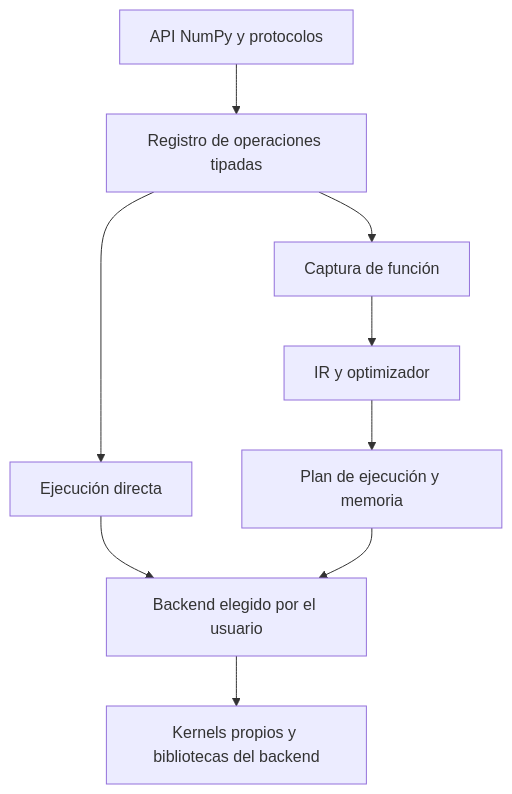
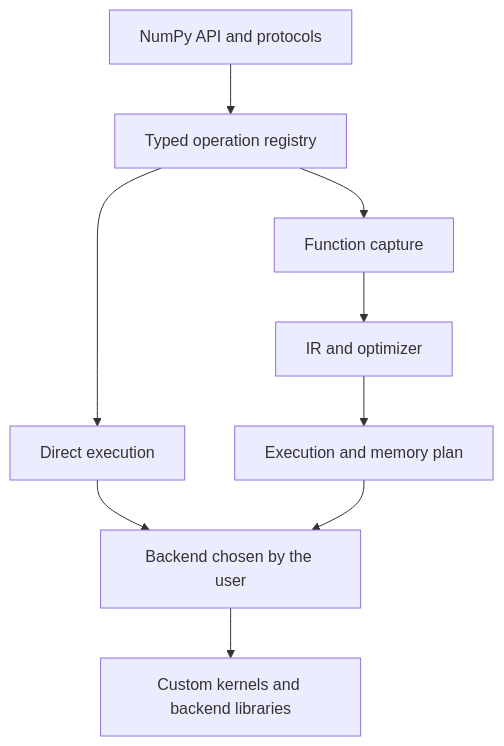
Before and after one commit to diegoxfx/open-pacho: the diagram in docs/execution-architecture-proposal.md, drawn with Mermaid. The commit also changed other lines of this file and 58 other files, not shown here.

````diff
--- a/docs/execution-architecture-proposal.md
+++ b/docs/execution-architecture-proposal.md
@@ -194,11 +194,11 @@
 ```mermaid
 flowchart TD
-    A[API NumPy y protocolos] --> B[Registro de operaciones tipadas]
-    B --> C[Ejecución directa]
-    B --> D[Captura de función]
-    D --> E[IR y optimizador]
-    E --> F[Plan de ejecución y memoria]
-    C --> G[Backend elegido por el usuario]
+    A[NumPy API and protocols] --> B[Typed operation registry]
+    B --> C[Direct execution]
+    B --> D[Function capture]
+    D --> E[IR and optimizer]
+    E --> F[Execution and memory plan]
+    C --> G[Backend chosen by the user]
     F --> G
-    G --> H[Kernels propios y bibliotecas del backend]
+    G --> H[Custom kernels and backend libraries]
 ```
````
